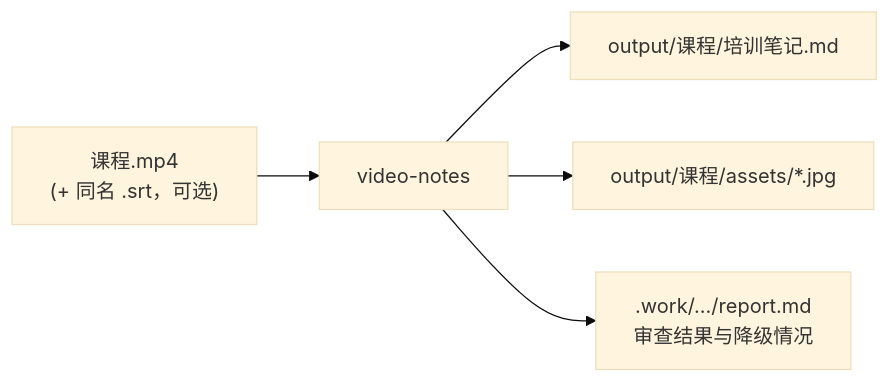
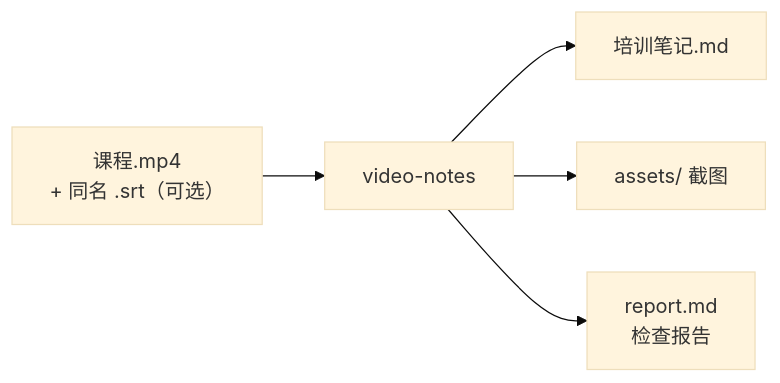
One commit to songyang8964/video-notes changed the first of 7 diagrams in README.md. Above: the diagram before and after it, drawn with Mermaid (base theme). The commit also changed other lines of this file and 2 other files, not shown here.

Commit message:
README: usage first, short diagram labels, timeline as a table

````diff
--- a/README.md
+++ b/README.md
@@ -30,7 +30,7 @@
 ```mermaid
 flowchart LR
-    A["课程.mp4<br/>(+ 同名 .srt，可选)"] --> B["video-notes"]
-    B --> C["output/课程/培训笔记.md"]
-    B --> D["output/课程/assets/*.jpg"]
-    B --> E[".work/…/report.md<br/>审查结果与降级情况"]
+    A["课程.mp4<br/>+ 同名 .srt（可选）"] --> B["video-notes"]
+    B --> C["培训笔记.md"]
+    B --> D["assets/ 截图"]
+    B --> E["report.md<br/>检查报告"]
 ```
````
